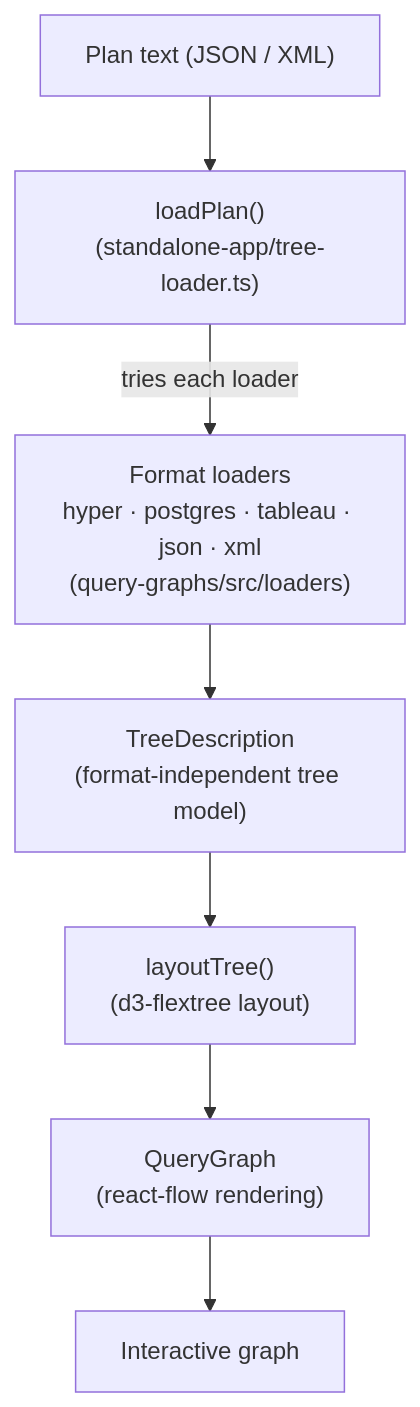
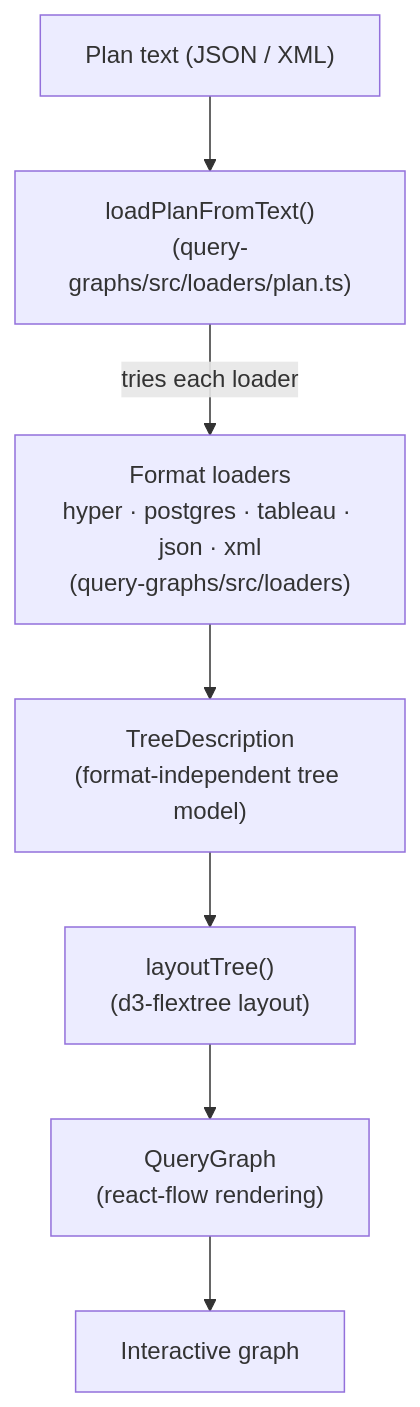
One commit to tableau/query-graphs changed the diagram in docs/Architecture.md. Above: the diagram before and after it, drawn with Mermaid. The commit also changed other lines of this file and 10 other files, not shown here.

First line of the commit message:
Make plan format dispatch reliable

````diff
--- a/docs/Architecture.md
+++ b/docs/Architecture.md
@@ -28,9 +28,9 @@
 ```mermaid
 flowchart TD
-    text["Plan text (JSON / XML)"] --> dispatch["loadPlan()<br/>(standalone-app/tree-loader.ts)"]
+    text["Plan text (JSON / XML)"] --> dispatch["loadPlanFromText()<br/>(query-graphs/src/loaders/plan.ts)"]
     dispatch -->|tries each loader| loaders["Format loaders<br/>hyper · postgres · tableau · json · xml<br/>(query-graphs/src/loaders)"]
     loaders --> td["TreeDescription<br/>(format-independent tree model)"]
     td --> layout["layoutTree()<br/>(d3-flextree layout)"]
     layout --> render["QueryGraph<br/>(react-flow rendering)"]
     render --> ui["Interactive graph"]
 ```
````
